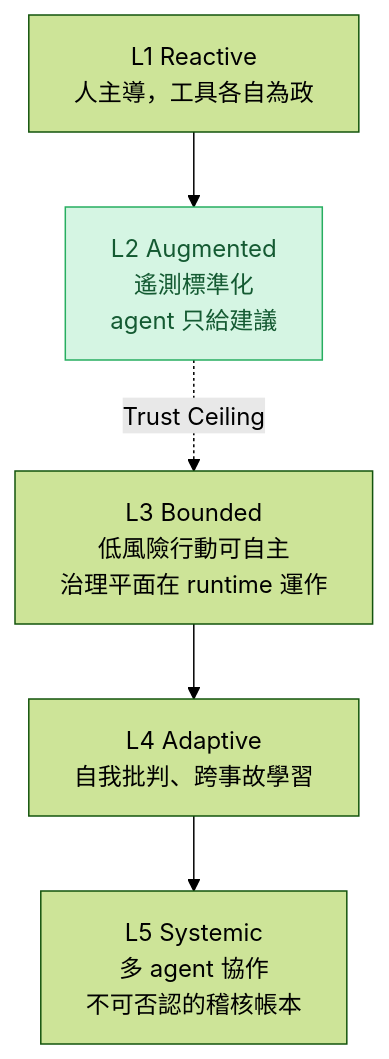
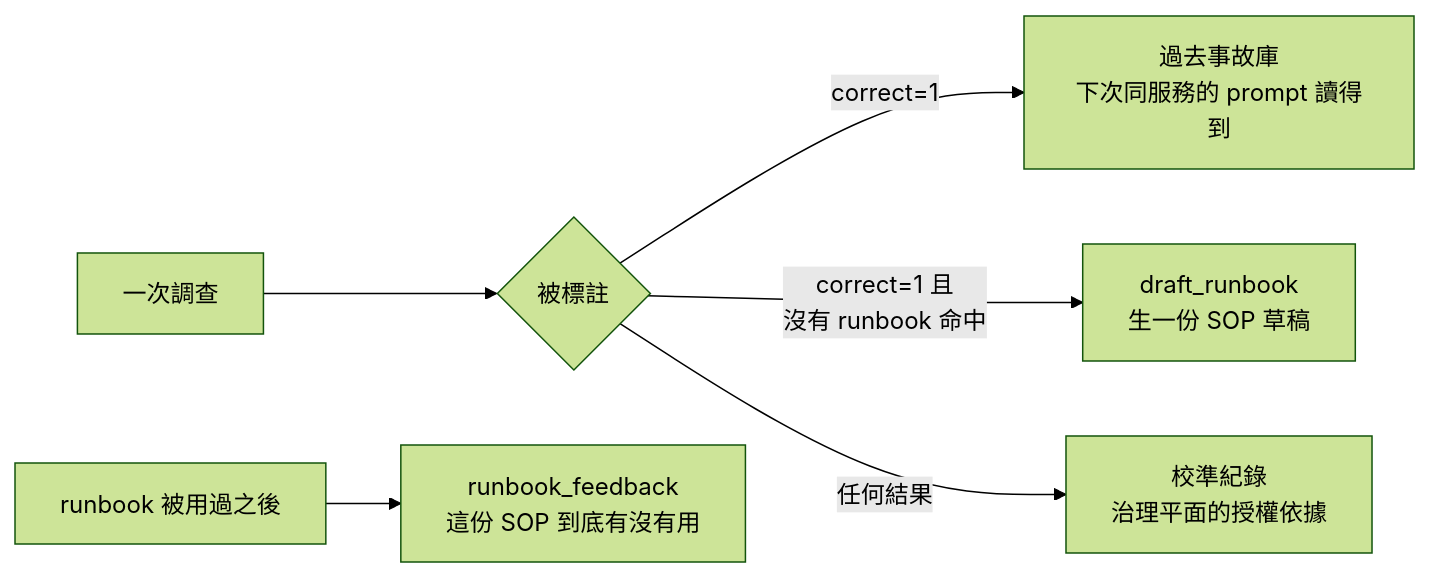
The second of 2 diagrams in weaver-demo/ironman-2026/day32.md (tedmax100/o11y-bench), drawn with Mermaid (forest theme) before and after one commit. The commit also changed other lines of this file and 29 other files, not shown here.

````diff
--- a/weaver-demo/ironman-2026/day32.md
+++ b/weaver-demo/ironman-2026/day32.md
@@ -168,10 +131,8 @@
 ```mermaid
-flowchart TB
-    L1["L1 Reactive<br/>人主導，工具各自為政"] --> L2["L2 Augmented<br/>遙測標準化<br/>agent 只給建議"]
-    L2 -.->|"Trust Ceiling"| L3["L3 Bounded<br/>低風險行動可自主<br/>治理平面在 runtime 運作"]
-    L3 --> L4["L4 Adaptive<br/>自我批判、跨事故學習"]
-    L4 --> L5["L5 Systemic<br/>多 agent 協作<br/>不可否認的稽核帳本"]
-
-    classDef here fill:#d5f5e3,stroke:#27ae60,color:#145a32
-    class L2 here
+flowchart LR
+    R["一次調查"] --> L{"被標註"}
+    L -->|"correct=1"| PI["過去事故庫<br/>下次同服務的 prompt 讀得到"]
+    L -->|"correct=1 且<br/>沒有 runbook 命中"| DR["draft_runbook<br/>生一份 SOP 草稿"]
+    L -->|"任何結果"| CE["校準紀錄<br/>治理平面的授權依據"]
+    RB["runbook 被用過之後"] --> FB["runbook_feedback<br/>這份 SOP 到底有沒有用"]
 ```
````
